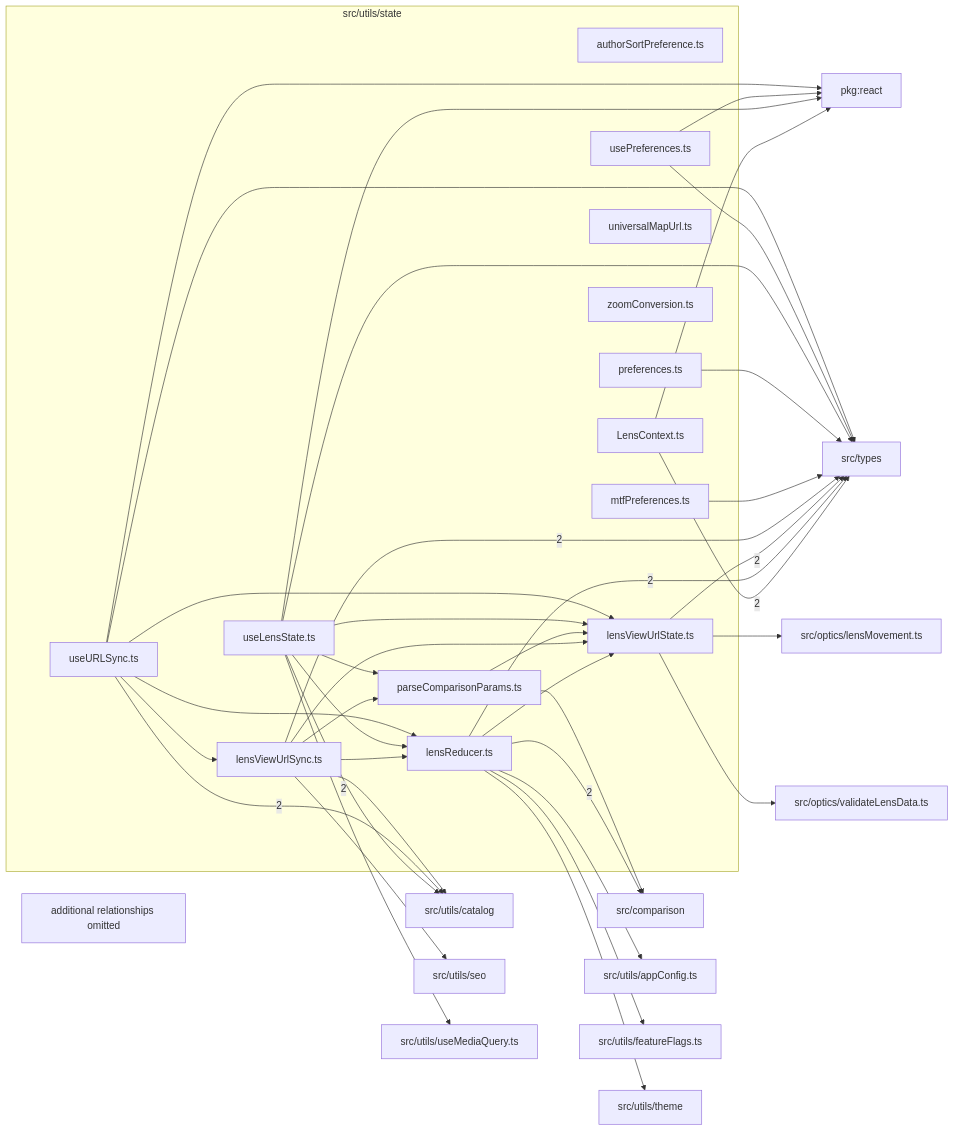
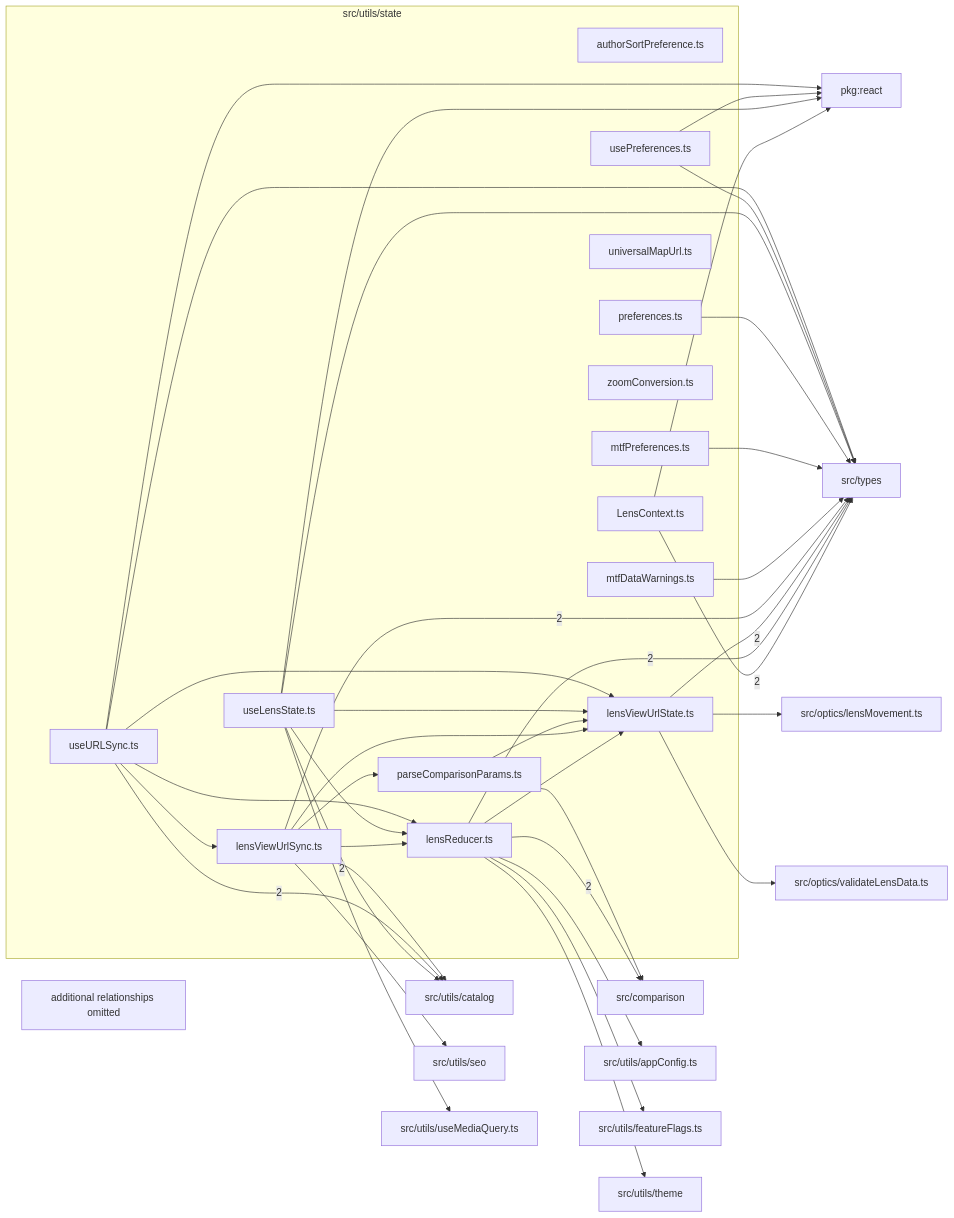
The diagram in src/utils/state/readme.md (BeamFour/LensVisualizer), drawn with Mermaid before and after one commit. The commit also changed other lines of this file and 20 other files, not shown here.

First line of the commit message:
Warn on the MTF tab when the lens data is incomplete

````diff
--- a/src/utils/state/readme.md
+++ b/src/utils/state/readme.md
@@ -9,66 +9,67 @@
 ```mermaid
 flowchart LR
   subgraph n_src_utils_state["src/utils/state"]
     n_src_utils_state_src_utils_state_authorSortPreference_ts["authorSortPreference.ts"]
     n_src_utils_state_src_utils_state_LensContext_ts["LensContext.ts"]
     n_src_utils_state_src_utils_state_lensReducer_ts["lensReducer.ts"]
     n_src_utils_state_src_utils_state_lensViewUrlState_ts["lensViewUrlState.ts"]
     n_src_utils_state_src_utils_state_lensViewUrlSync_ts["lensViewUrlSync.ts"]
+    n_src_utils_state_src_utils_state_mtfDataWarnings_ts["mtfDataWarnings.ts"]
     n_src_utils_state_src_utils_state_mtfPreferences_ts["mtfPreferences.ts"]
     n_src_utils_state_src_utils_state_parseComparisonParams_ts["parseComparisonParams.ts"]
     n_src_utils_state_src_utils_state_preferences_ts["preferences.ts"]
     n_src_utils_state_src_utils_state_universalMapUrl_ts["universalMapUrl.ts"]
     n_src_utils_state_src_utils_state_useLensState_ts["useLensState.ts"]
     n_src_utils_state_src_utils_state_usePreferences_ts["usePreferences.ts"]
     n_src_utils_state_src_utils_state_useURLSync_ts["useURLSync.ts"]
     n_src_utils_state_src_utils_state_zoomConversion_ts["zoomConversion.ts"]
   end
   n_external_src_comparison["src/comparison"]
   n_external_src_types["src/types"]
   n_external_src_utils_catalog["src/utils/catalog"]
   n_external_pkg_react["pkg:react"]
   n_external_src_optics_lensMovement_ts["src/optics/lensMovement.ts"]
   n_external_src_optics_validateLensData_ts["src/optics/validateLensData.ts"]
   n_external_src_utils_appConfig_ts["src/utils/appConfig.ts"]
   n_external_src_utils_featureFlags_ts["src/utils/featureFlags.ts"]
   n_external_src_utils_seo["src/utils/seo"]
   n_external_src_utils_theme["src/utils/theme"]
   n_external_src_utils_useMediaQuery_ts["src/utils/useMediaQuery.ts"]
   n_src_utils_state_src_utils_state_lensReducer_ts --> |2| n_external_src_comparison
   n_src_utils_state_src_utils_state_LensContext_ts --> |2| n_external_src_types
   n_src_utils_state_src_utils_state_lensReducer_ts --> |2| n_external_src_types
   n_src_utils_state_src_utils_state_lensViewUrlState_ts --> |2| n_external_src_types
   n_src_utils_state_src_utils_state_lensViewUrlSync_ts --> |2| n_external_src_types
   n_src_utils_state_src_utils_state_useLensState_ts --> |2| n_external_src_utils_catalog
   n_src_utils_state_src_utils_state_useURLSync_ts --> |2| n_external_src_utils_catalog
   n_src_utils_state_src_utils_state_LensContext_ts --> n_external_pkg_react
   n_src_utils_state_src_utils_state_useLensState_ts --> n_external_pkg_react
   n_src_utils_state_src_utils_state_usePreferences_ts --> n_external_pkg_react
   n_src_utils_state_src_utils_state_useURLSync_ts --> n_external_pkg_react
   n_src_utils_state_src_utils_state_parseComparisonParams_ts --> n_external_src_comparison
   n_src_utils_state_src_utils_state_lensViewUrlState_ts --> n_external_src_optics_lensMovement_ts
   n_src_utils_state_src_utils_state_lensViewUrlState_ts --> n_external_src_optics_validateLensData_ts
+  n_src_utils_state_src_utils_state_mtfDataWarnings_ts --> n_external_src_types
   n_src_utils_state_src_utils_state_mtfPreferences_ts --> n_external_src_types
   n_src_utils_state_src_utils_state_preferences_ts --> n_external_src_types
   n_src_utils_state_src_utils_state_useLensState_ts --> n_external_src_types
   n_src_utils_state_src_utils_state_usePreferences_ts --> n_external_src_types
   n_src_utils_state_src_utils_state_useURLSync_ts --> n_external_src_types
   n_src_utils_state_src_utils_state_lensReducer_ts --> n_external_src_utils_appConfig_ts
   n_src_utils_state_src_utils_state_lensViewUrlSync_ts --> n_external_src_utils_catalog
   n_src_utils_state_src_utils_state_lensReducer_ts --> n_external_src_utils_featureFlags_ts
   n_src_utils_state_src_utils_state_lensViewUrlSync_ts --> n_external_src_utils_seo
   n_src_utils_state_src_utils_state_lensReducer_ts --> n_external_src_utils_theme
   n_src_utils_state_src_utils_state_useLensState_ts --> n_external_src_utils_useMediaQuery_ts
   n_src_utils_state_src_utils_state_lensViewUrlSync_ts --> n_src_utils_state_src_utils_state_lensReducer_ts
   n_src_utils_state_src_utils_state_useLensState_ts --> n_src_utils_state_src_utils_state_lensReducer_ts
   n_src_utils_state_src_utils_state_useURLSync_ts --> n_src_utils_state_src_utils_state_lensReducer_ts
   n_src_utils_state_src_utils_state_lensReducer_ts --> n_src_utils_state_src_utils_state_lensViewUrlState_ts
   n_src_utils_state_src_utils_state_lensViewUrlSync_ts --> n_src_utils_state_src_utils_state_lensViewUrlState_ts
   n_src_utils_state_src_utils_state_parseComparisonParams_ts --> n_src_utils_state_src_utils_state_lensViewUrlState_ts
   n_src_utils_state_src_utils_state_useLensState_ts --> n_src_utils_state_src_utils_state_lensViewUrlState_ts
   n_src_utils_state_src_utils_state_useURLSync_ts --> n_src_utils_state_src_utils_state_lensViewUrlState_ts
   n_src_utils_state_src_utils_state_useURLSync_ts --> n_src_utils_state_src_utils_state_lensViewUrlSync_ts
   n_src_utils_state_src_utils_state_lensViewUrlSync_ts --> n_src_utils_state_src_utils_state_parseComparisonParams_ts
-  n_src_utils_state_src_utils_state_useLensState_ts --> n_src_utils_state_src_utils_state_parseComparisonParams_ts
   n_src_utils_state_truncated["additional relationships omitted"]
 ```
````
